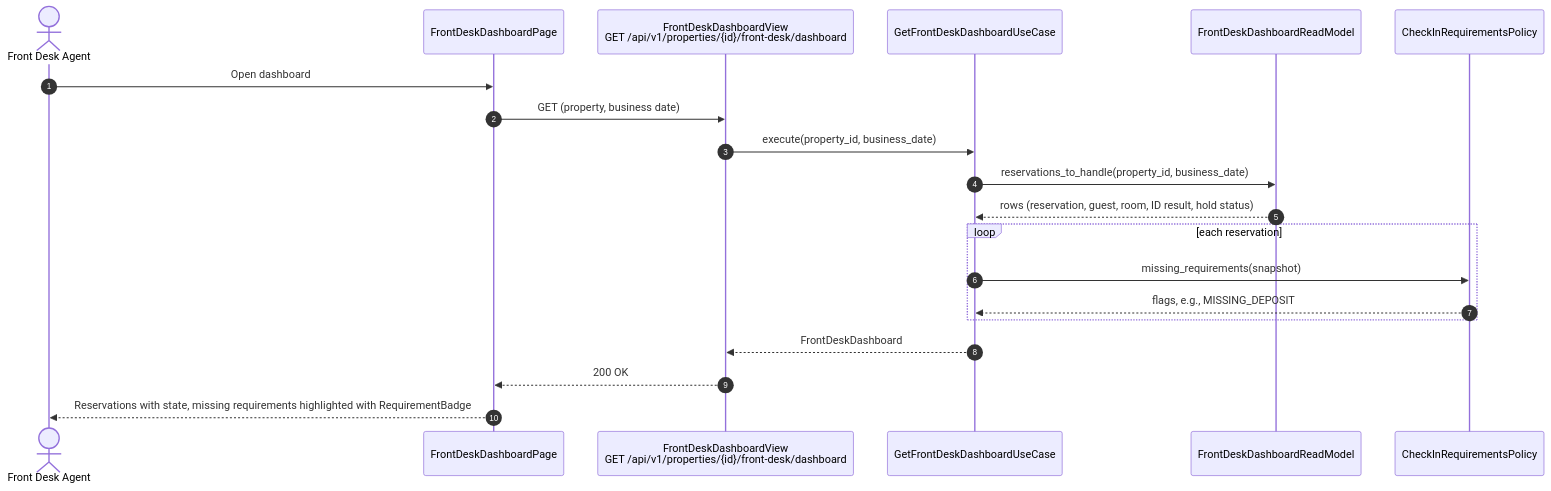
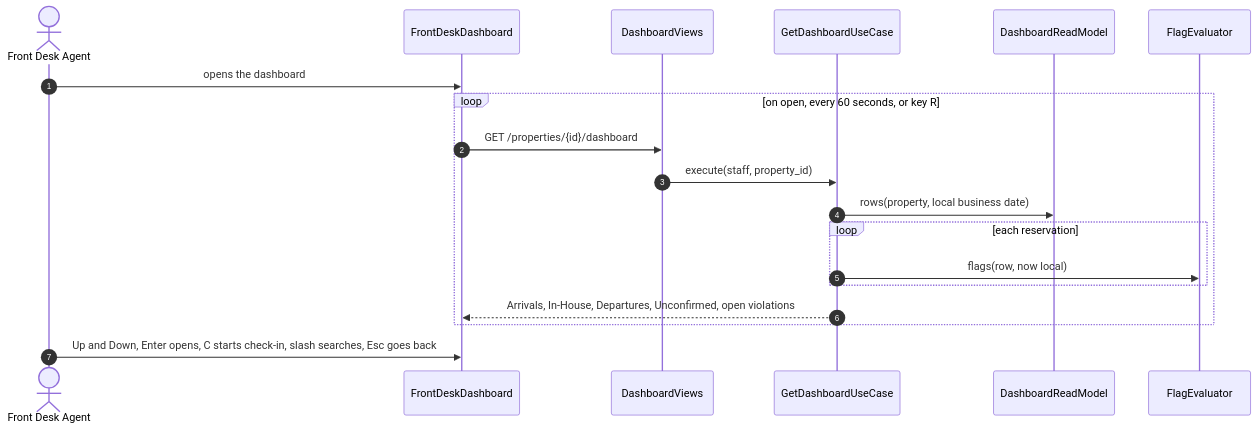
The third of 3 diagrams in docs/Initial Requirements/Diagrams/US-10 - Front Desk Dashboard.md (BraceroInSabot/Motel-Starmie), drawn with Mermaid before and after one commit. The commit also changed other lines of this file and 51 other files, not shown here.

````diff
--- a/docs/Initial Requirements/Diagrams/US-10 - Front Desk Dashboard.md
+++ b/docs/Initial Requirements/Diagrams/US-10 - Front Desk Dashboard.md
@@ -176,23 +184,22 @@
 ```mermaid
 sequenceDiagram
     autonumber
-    actor Agent as Front Desk Agent
-    participant Page as FrontDeskDashboardPage
-    participant View as FrontDeskDashboardView<br/>GET /api/v1/properties/{id}/front-desk/dashboard
-    participant UC as GetFrontDeskDashboardUseCase
-    participant RM as FrontDeskDashboardReadModel
-    participant Policy as CheckInRequirementsPolicy
+    actor FDA as Front Desk Agent
+    participant UI as FrontDeskDashboard
+    participant View as DashboardViews
+    participant UC as GetDashboardUseCase
+    participant RM as DashboardReadModel
+    participant Flags as FlagEvaluator
 
-    Agent->>Page: Open dashboard
-    Page->>View: GET (property, business date)
-    View->>UC: execute(property_id, business_date)
-    UC->>RM: reservations_to_handle(property_id, business_date)
-    RM-->>UC: rows (reservation, guest, room, ID result, hold status)
-    loop each reservation
-        UC->>Policy: missing_requirements(snapshot)
-        Policy-->>UC: flags, e.g., MISSING_DEPOSIT
+    FDA->>UI: opens the dashboard
+    loop on open, every 60 seconds, or key R
+        UI->>View: GET /properties/{id}/dashboard
+        View->>UC: execute(staff, property_id)
+        UC->>RM: rows(property, local business date)
+        loop each reservation
+            UC->>Flags: flags(row, now local)
+        end
+        UC-->>UI: Arrivals, In-House, Departures, Unconfirmed, open violations
     end
-    UC-->>View: FrontDeskDashboard
-    View-->>Page: 200 OK
-    Page-->>Agent: Reservations with state, missing requirements highlighted with RequirementBadge
+    FDA->>UI: Up and Down, Enter opens, C starts check-in, slash searches, Esc goes back
 ```
````
